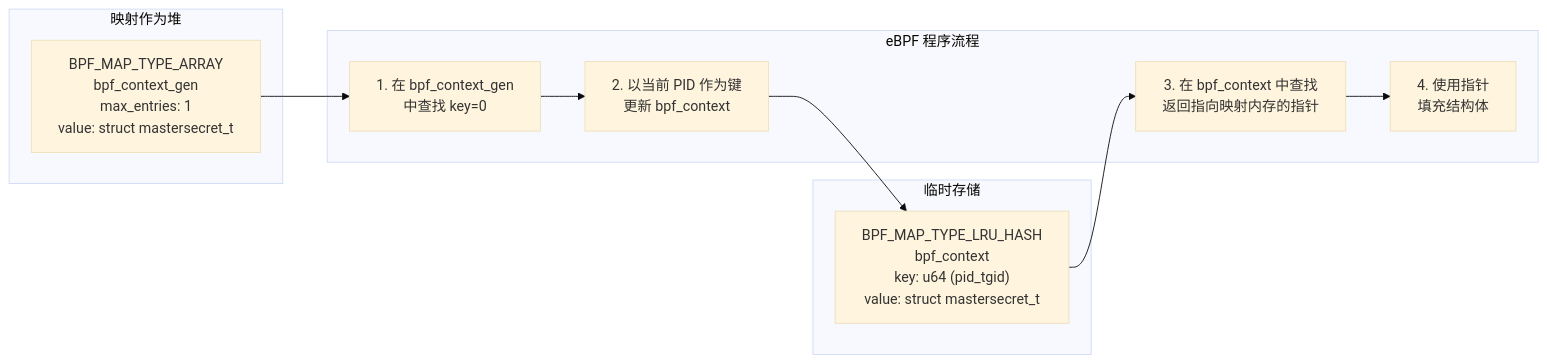
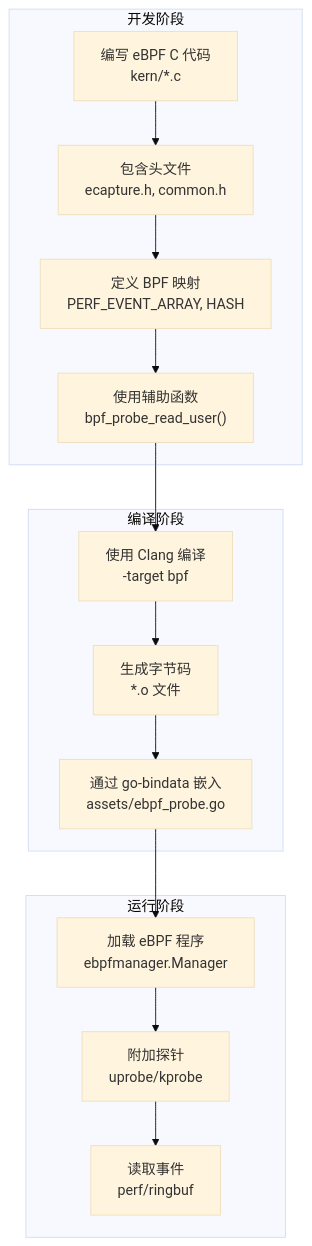
The first of 3 diagrams in src/zh/5-development-guide/5.2-ebpf-program-development.md (gojue/ecapture.cc), drawn with Mermaid (base theme) before and after one commit. The commit also changed other lines of this file and 115 other files, not shown here.

````diff
--- a/src/zh/5-development-guide/5.2-ebpf-program-development.md
+++ b/src/zh/5-development-guide/5.2-ebpf-program-development.md
@@ -296,23 +23,31 @@
 ```mermaid
-graph LR
-    subgraph "映射作为堆"
-        ARRAY_MAP["BPF_MAP_TYPE_ARRAY<br/>bpf_context_gen<br/>max_entries: 1<br/>value: struct mastersecret_t"]
+graph TB
+    subgraph "开发阶段"
+        WRITE["编写 eBPF C 代码<br/>kern/*.c"]
+        HEADERS["包含头文件<br/>ecapture.h, common.h"]
+        MAPS["定义 BPF 映射<br/>PERF_EVENT_ARRAY, HASH"]
+        HELPERS["使用辅助函数<br/>bpf_probe_read_user()"]
     end
     
-    subgraph "临时存储"
-        HASH_MAP["BPF_MAP_TYPE_LRU_HASH<br/>bpf_context<br/>key: u64 (pid_tgid)<br/>value: struct mastersecret_t"]
+    subgraph "编译阶段"
+        CLANG["使用 Clang 编译<br/>-target bpf"]
+        BYTECODE["生成字节码<br/>*.o 文件"]
+        EMBED["通过 go-bindata 嵌入<br/>assets/ebpf_probe.go"]
     end
     
-    subgraph "eBPF 程序流程"
-        LOOKUP1["1. 在 bpf_context_gen<br/>中查找 key=0"]
-        UPDATE["2. 以当前 PID 作为键<br/>更新 bpf_context"]
-        LOOKUP2["3. 在 bpf_context 中查找<br/>返回指向映射内存的指针"]
-        USE["4. 使用指针<br/>填充结构体"]
+    subgraph "运行阶段"
+        LOAD["加载 eBPF 程序<br/>ebpfmanager.Manager"]
+        ATTACH["附加探针<br/>uprobe/kprobe"]
+        READ["读取事件<br/>perf/ringbuf"]
     end
     
-    ARRAY_MAP --> LOOKUP1
-    LOOKUP1 --> UPDATE
-    UPDATE --> HASH_MAP
-    HASH_MAP --> LOOKUP2
-    LOOKUP2 --> USE
+    WRITE --> HEADERS
+    HEADERS --> MAPS
+    MAPS --> HELPERS
+    HELPERS --> CLANG
+    CLANG --> BYTECODE
+    BYTECODE --> EMBED
+    EMBED --> LOAD
+    LOAD --> ATTACH
+    ATTACH --> READ
 ```
````
